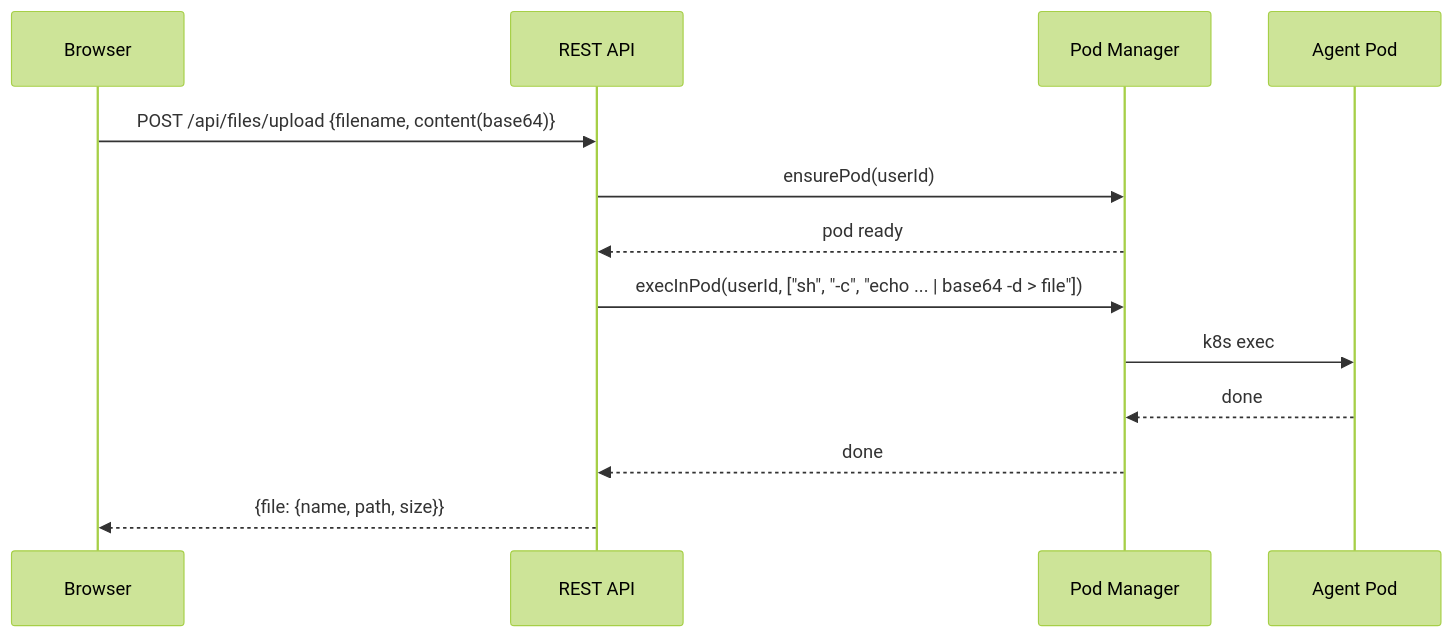
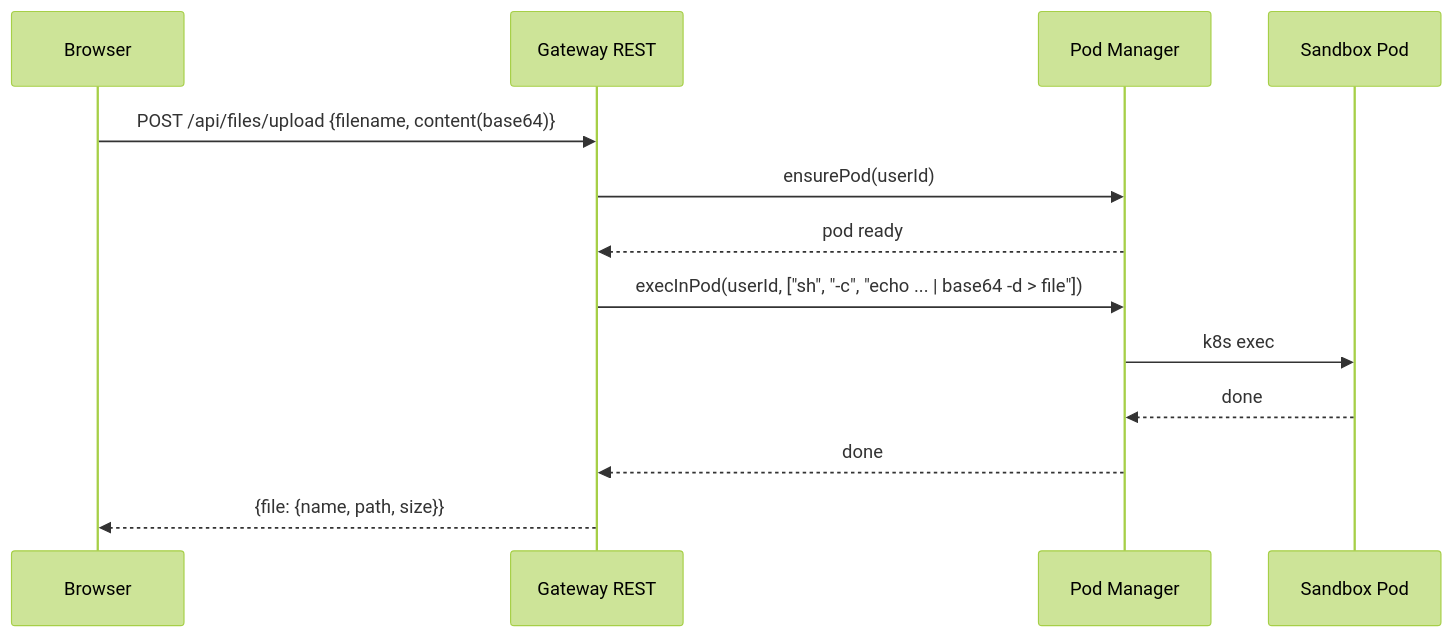
The third of 5 diagrams in docs/architecture/data-flow.md (sigilmakes/goldilocks-app), drawn with Mermaid (forest theme) before and after one commit. The commit also changed other lines of this file and 7 other files, not shown here.

First line of the commit message:
docs: rewrite architecture docs for agent-service topology

````diff
--- a/docs/architecture/data-flow.md
+++ b/docs/architecture/data-flow.md
@@ -77,16 +59,16 @@
 ```mermaid
 sequenceDiagram
     participant UI as Browser
-    participant API as REST API
+    participant API as Gateway REST
     participant PM as Pod Manager
-    participant Pod as Agent Pod
+    participant Pod as Sandbox Pod
 
     UI->>API: POST /api/files/upload {filename, content(base64)}
     API->>PM: ensurePod(userId)
     PM-->>API: pod ready
     API->>PM: execInPod(userId, ["sh", "-c", "echo ... | base64 -d > file"])
     PM->>Pod: k8s exec
     Pod-->>PM: done
     PM-->>API: done
     API-->>UI: {file: {name, path, size}}
 ```
````
